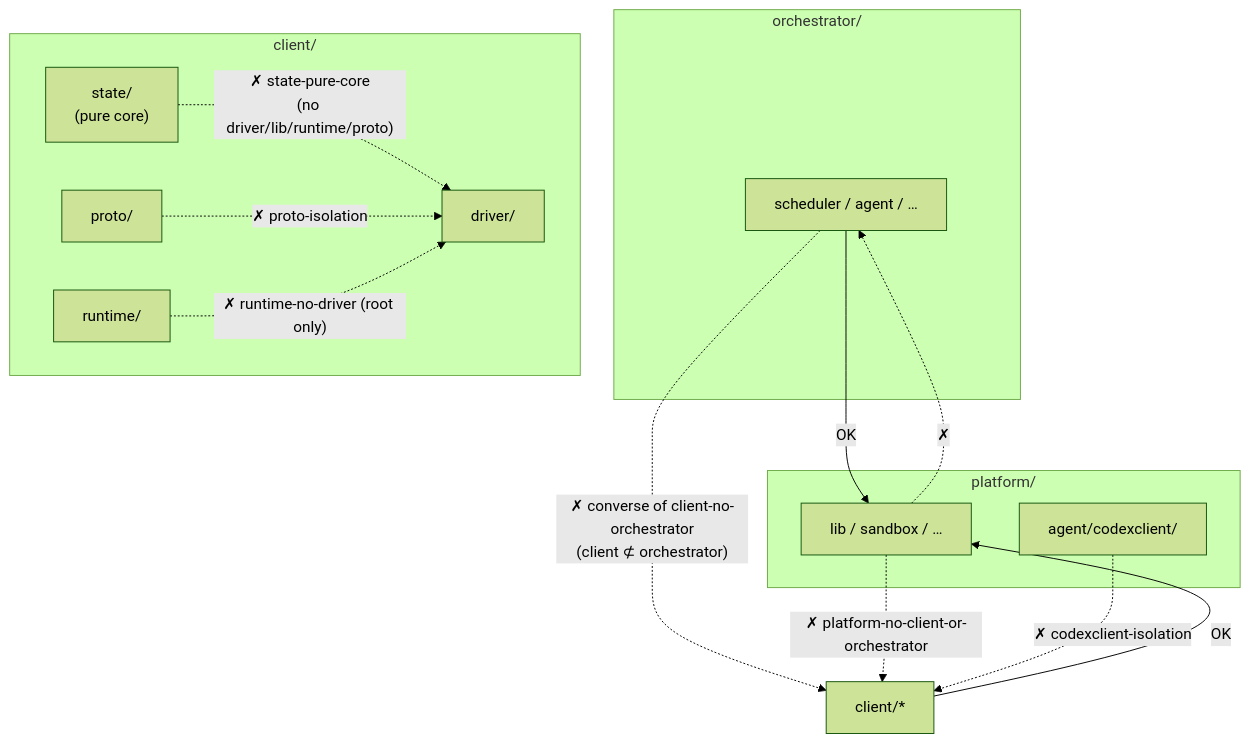
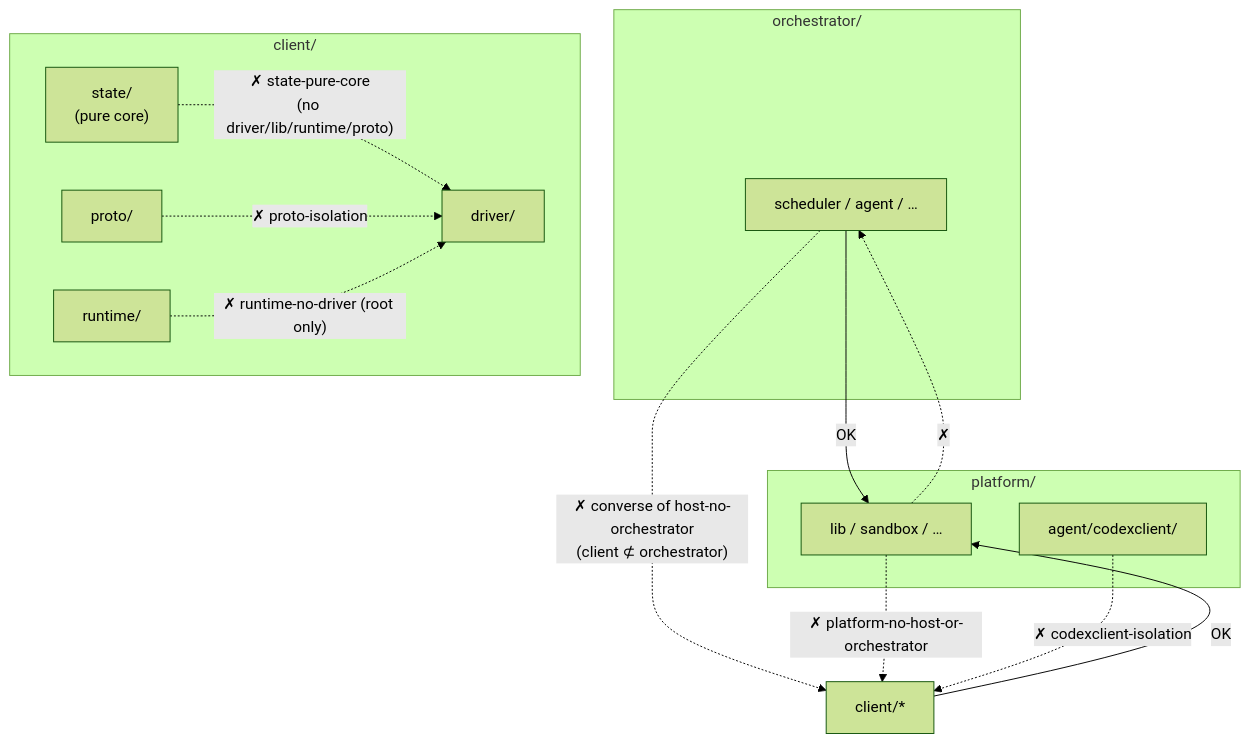
Before and after one commit to takezoh/agent-grid: the diagram in docs/note/note-20260624-technical-code-enforcement.md, drawn with Mermaid (forest theme). The commit also changed other lines of this file and 580 other files, not shown here.

First line of the commit message:
refactor: rename src/client to src/host (daemon layer)

````diff
--- a/docs/note/note-20260624-technical-code-enforcement.md
+++ b/docs/note/note-20260624-technical-code-enforcement.md
@@ -53,27 +53,27 @@
 ```mermaid
 flowchart TD
     subgraph orchestrator["orchestrator/"]
         ORCH["scheduler / agent / …"]
     end
     subgraph client["client/"]
         STATE["state/<br/>(pure core)"]
         PROTO["proto/"]
         RT["runtime/"]
         DRIVER["driver/"]
     end
     subgraph platform["platform/"]
         PLAT["lib / sandbox / …"]
         CODEXC["agent/codexclient/"]
     end
 
     ORCH -->|OK| PLAT
     CLIENTBOX["client/*"] -->|OK| PLAT
-    ORCH -. "✗ converse of client-no-orchestrator<br/>(client ⊄ orchestrator)" .-> CLIENTBOX
-    PLAT -. "✗ platform-no-client-or-orchestrator" .-> CLIENTBOX
+    ORCH -. "✗ converse of host-no-orchestrator<br/>(client ⊄ orchestrator)" .-> CLIENTBOX
+    PLAT -. "✗ platform-no-host-or-orchestrator" .-> CLIENTBOX
     PLAT -. "✗" .-> ORCH
     CODEXC -. "✗ codexclient-isolation" .-> CLIENTBOX
 
     STATE -. "✗ state-pure-core<br/>(no driver/lib/runtime/proto)" .-> DRIVER
     PROTO -. "✗ proto-isolation" .-> DRIVER
     RT -. "✗ runtime-no-driver (root only)" .-> DRIVER
 ```
````
